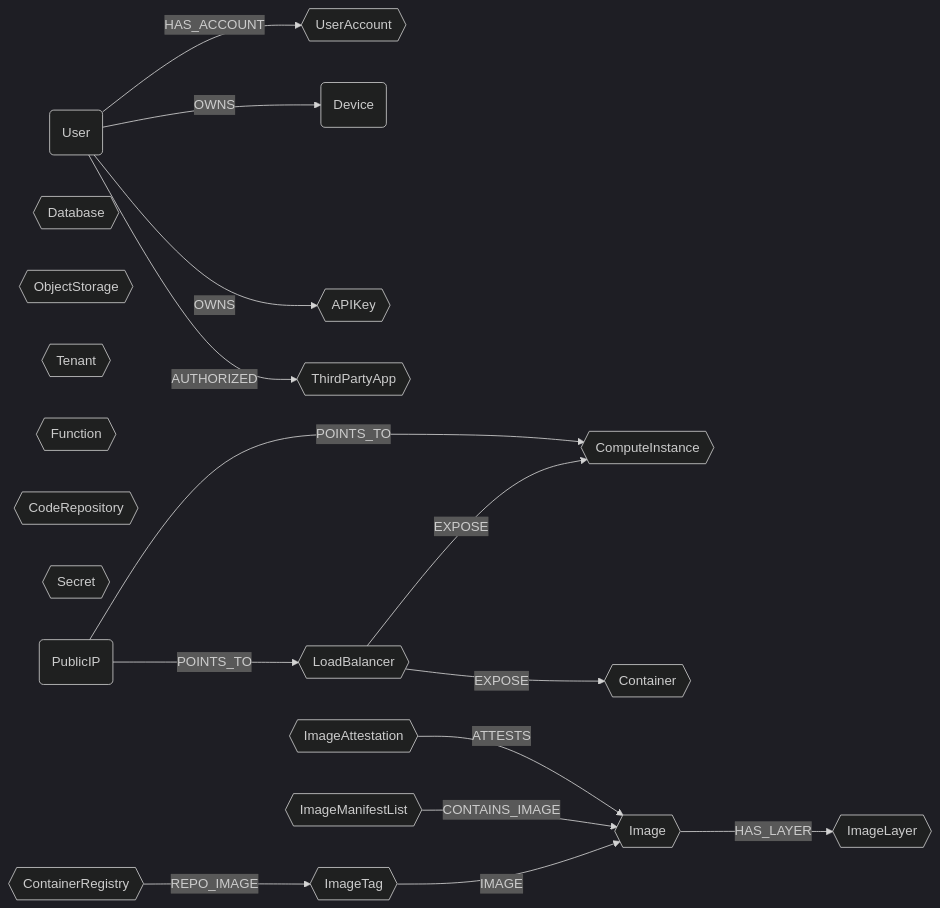
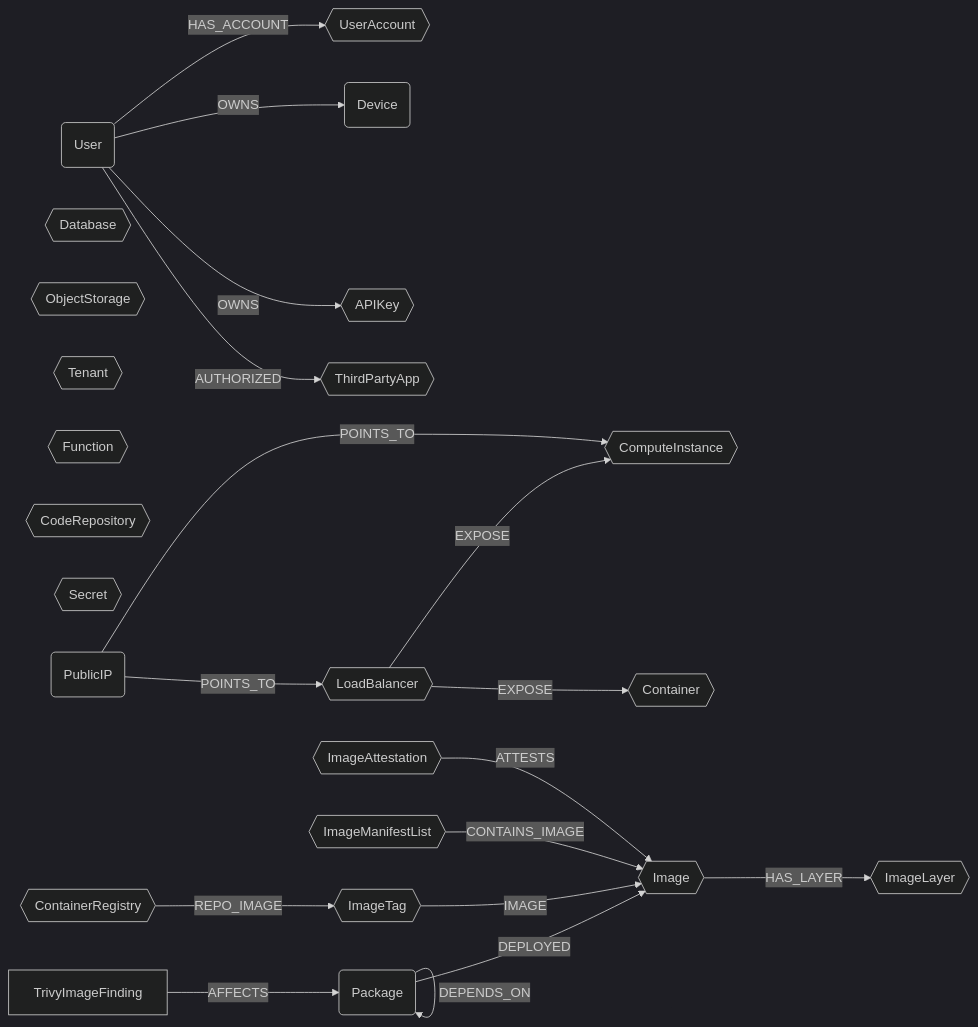
Before and after one commit to cartography-cncf/cartography: the diagram in docs/root/modules/ontology/schema.md, drawn with Mermaid (dark theme). The commit also changed other lines of this file and 2 other files, not shown here.

First line of the commit message:
docs: update schema documentation for Package ontology node

````diff
--- a/docs/root/modules/ontology/schema.md
+++ b/docs/root/modules/ontology/schema.md
@@ -6,23 +6,26 @@
 ```mermaid
 graph LR
 
 U(User) -- HAS_ACCOUNT --> UA{{UserAccount}}
 U -- OWNS --> CC(Device)
 U -- OWNS --> AK{{APIKey}}
 U -- AUTHORIZED --> OA{{ThirdPartyApp}}
 LB{{LoadBalancer}} -- EXPOSE --> CI{{ComputeInstance}}
 LB{{LoadBalancer}} -- EXPOSE --> CT{{Container}}
 DB{{Database}}
 OS{{ObjectStorage}}
 TN{{Tenant}}
 FN{{Function}}
 REPO{{CodeRepository}}
 SC{{Secret}}
 PIP(PublicIP) -- POINTS_TO --> LB
 PIP -- POINTS_TO --> CI
+PKG(Package) -- DEPLOYED --> IM{{Image}}
+PKG -- DEPENDS_ON --> PKG
+F[TrivyImageFinding] -- AFFECTS --> PKG
 CR{{ContainerRegistry}} -- REPO_IMAGE --> IT{{ImageTag}}
-IT -- IMAGE --> IM{{Image}}
+IT -- IMAGE --> IM
 IML{{ImageManifestList}} -- CONTAINS_IMAGE --> IM
 IA{{ImageAttestation}} -- ATTESTS --> IM
 IM -- HAS_LAYER --> IL{{ImageLayer}}
 ```
````
